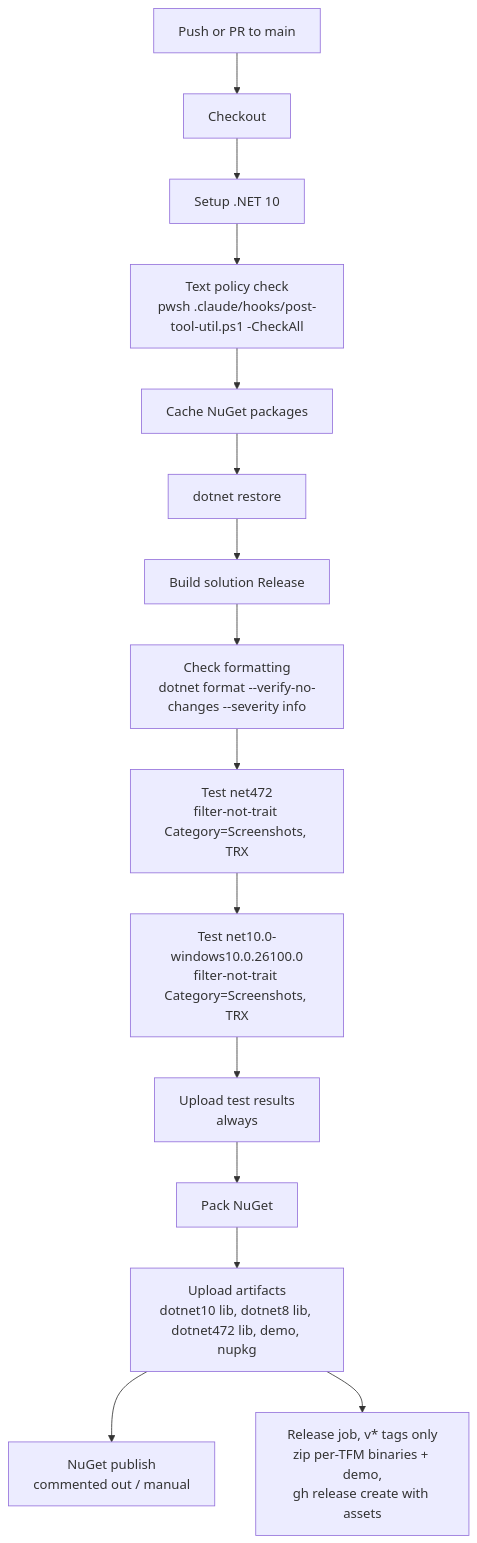
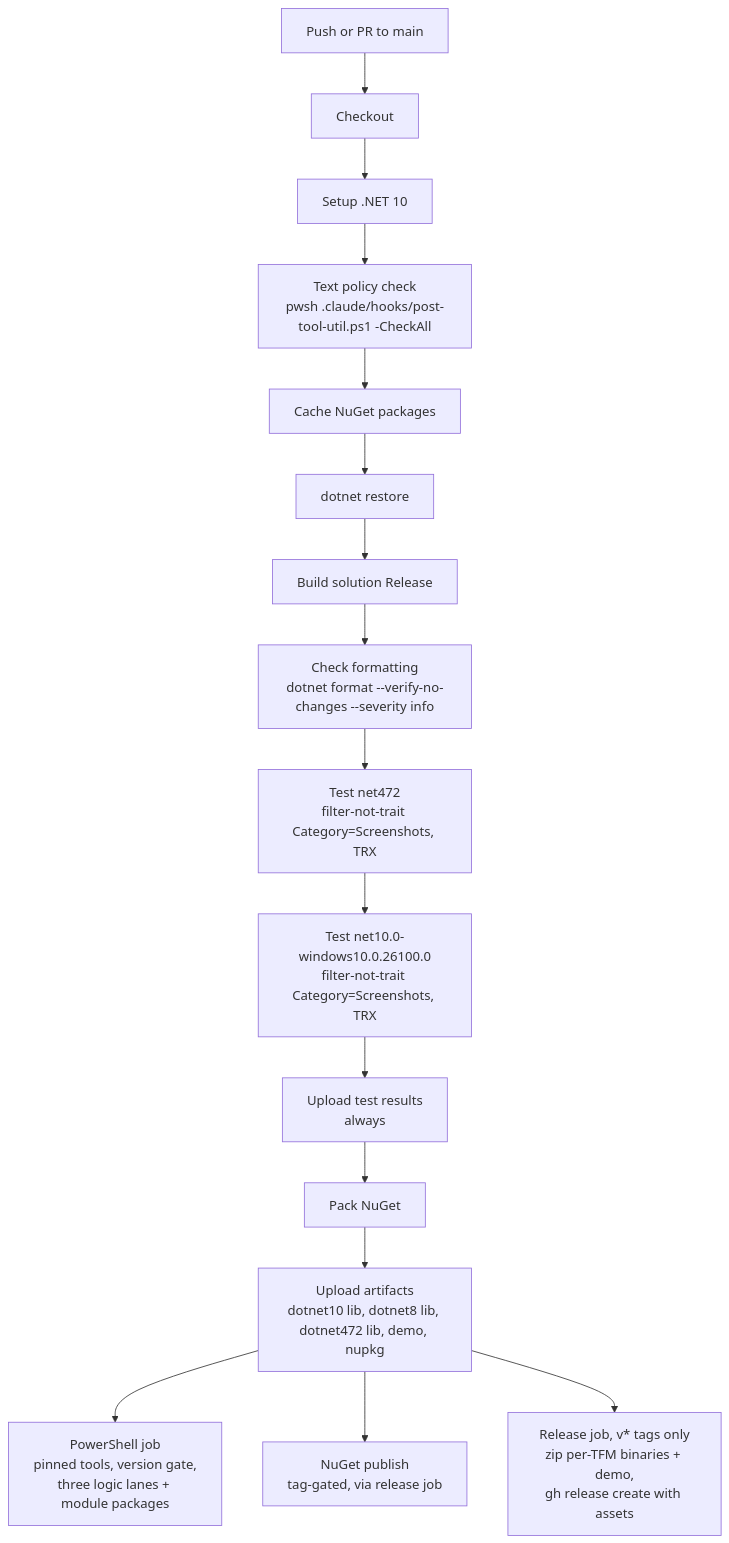
One commit to PSAppDeployToolkit/PSAppDeployToolkit changed the diagram in AGENTS.md. Above: the diagram before and after it, drawn with Mermaid. The commit also changed other lines of this file and 629 other files, not shown here.

````diff
--- a/AGENTS.md
+++ b/AGENTS.md
@@ -331,17 +354,18 @@
 ```mermaid
 flowchart TD
     A[Push or PR to main] --> B[Checkout]
     B --> C[Setup .NET 10]
     C --> G[Text policy check<br/>pwsh .claude/hooks/post-tool-util.ps1 -CheckAll]
     G --> D[Cache NuGet packages]
     D --> E[dotnet restore]
     E --> H[Build solution Release]
     H --> F["Check formatting<br/>dotnet format --verify-no-changes --severity info"]
     F --> I[Test net472<br/>filter-not-trait Category=Screenshots, TRX]
     I --> J[Test net10.0-windows10.0.26100.0<br/>filter-not-trait Category=Screenshots, TRX]
     J --> K[Upload test results<br/>always]
     K --> L[Pack NuGet]
     L --> M[Upload artifacts<br/>dotnet10 lib, dotnet8 lib, dotnet472 lib, demo, nupkg]
-    M --> N[NuGet publish<br/>commented out / manual]
+    M --> P[PowerShell job<br/>pinned tools, version gate,<br/>three logic lanes + module packages]
+    M --> N[NuGet publish<br/>tag-gated, via release job]
     M --> R[Release job, v* tags only<br/>zip per-TFM binaries + demo,<br/>gh release create with assets]
 ```
````
